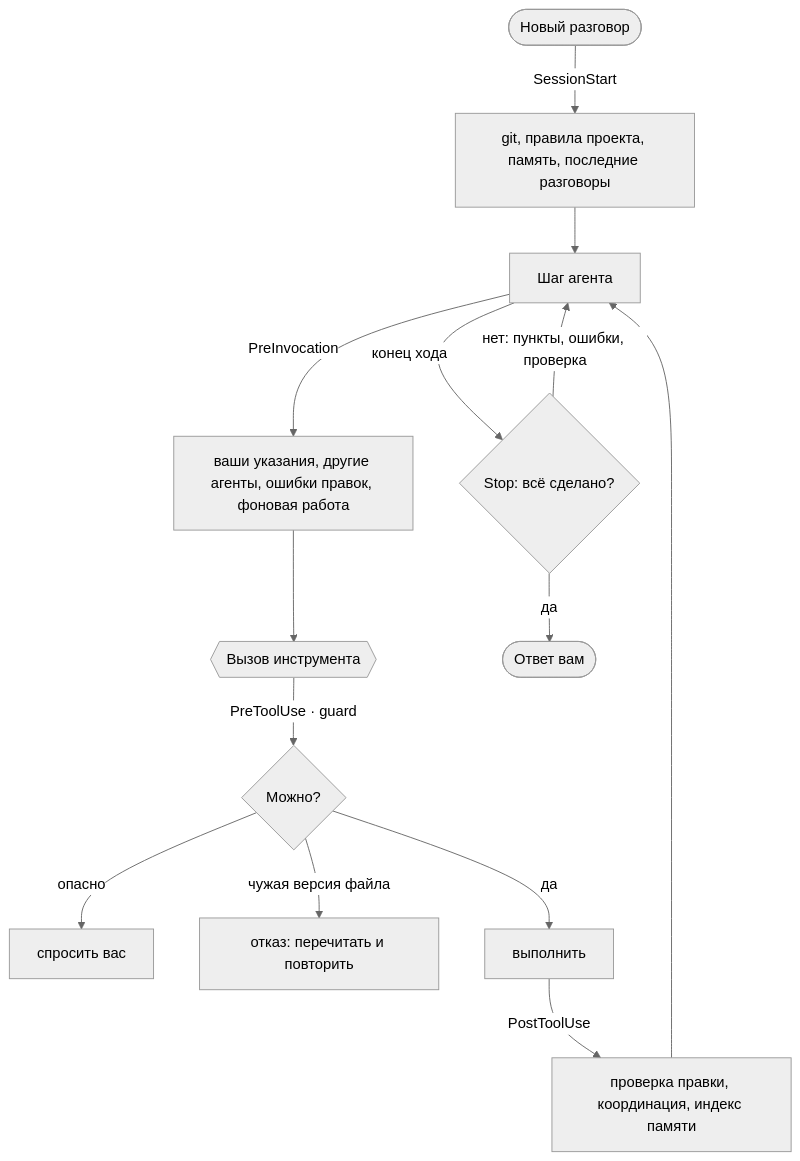
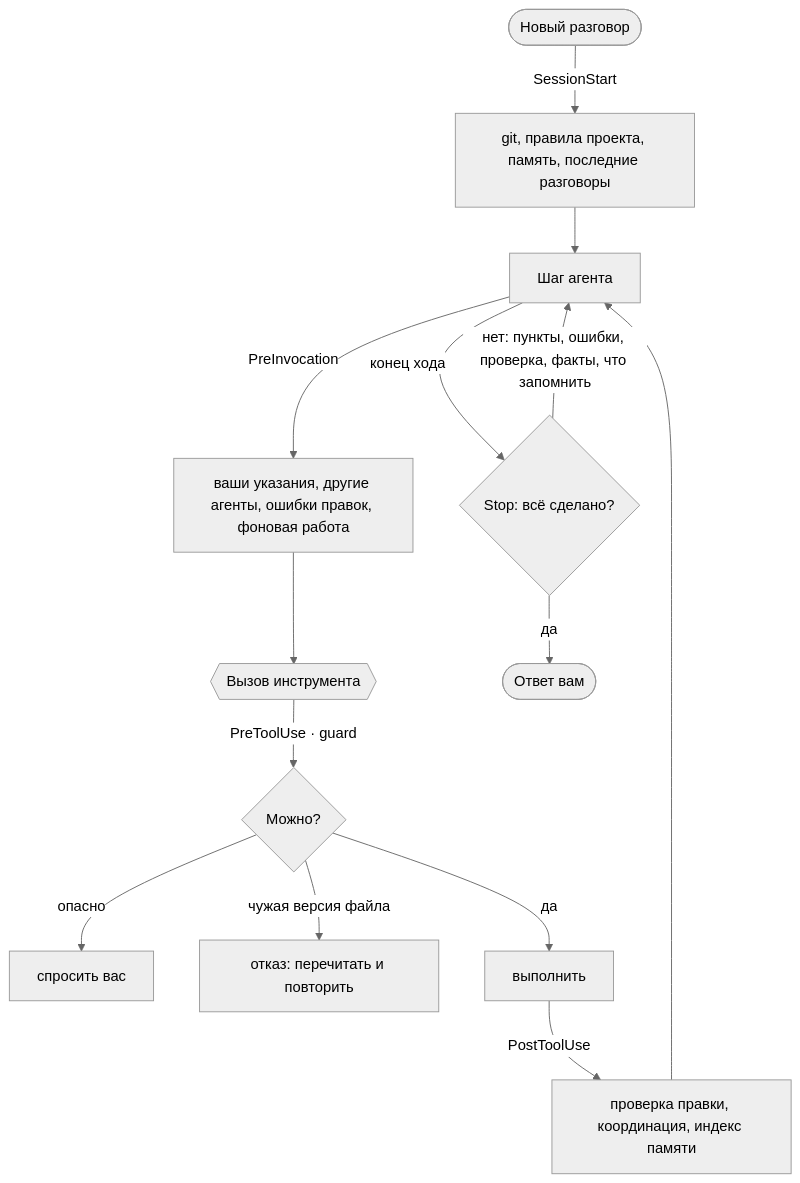
The diagram in README.md (stxrmik/antigravity-plus), drawn with Mermaid (neutral theme) before and after one commit. The commit also changed other lines of this file and 41 other files, not shown here.

````diff
--- a/README.md
+++ b/README.md
@@ -170,16 +237,16 @@
 ```mermaid
 flowchart TD
     A([Новый разговор]) -->|SessionStart| B[git, правила проекта, память, последние разговоры]
     B --> C[Шаг агента]
     C -->|PreInvocation| D[ваши указания, другие агенты, ошибки правок, фоновая работа]
     D --> E{{Вызов инструмента}}
     E -->|PreToolUse · guard| F{Можно?}
     F -->|опасно| G[спросить вас]
     F -->|чужая версия файла| H[отказ: перечитать и повторить]
     F -->|да| I[выполнить]
     I -->|PostToolUse| J[проверка правки, координация, индекс памяти]
     J --> C
     C -->|конец хода| K{Stop: всё сделано?}
-    K -->|нет: пункты, ошибки, проверка| C
+    K -->|нет: пункты, ошибки, проверка, факты, что запомнить| C
     K -->|да| L([Ответ вам])
 ```
````
